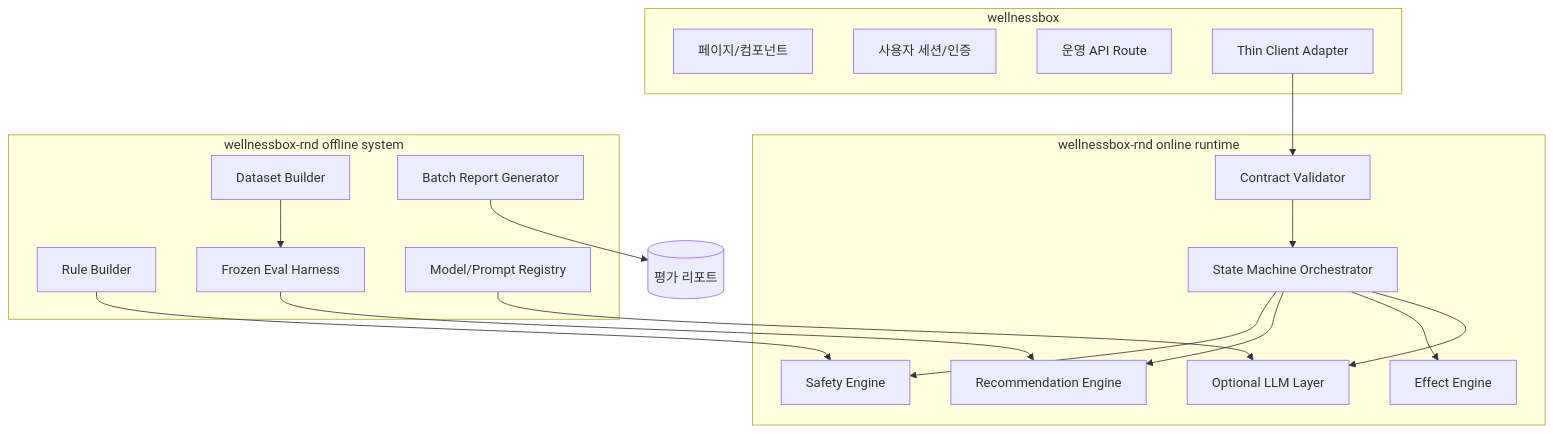
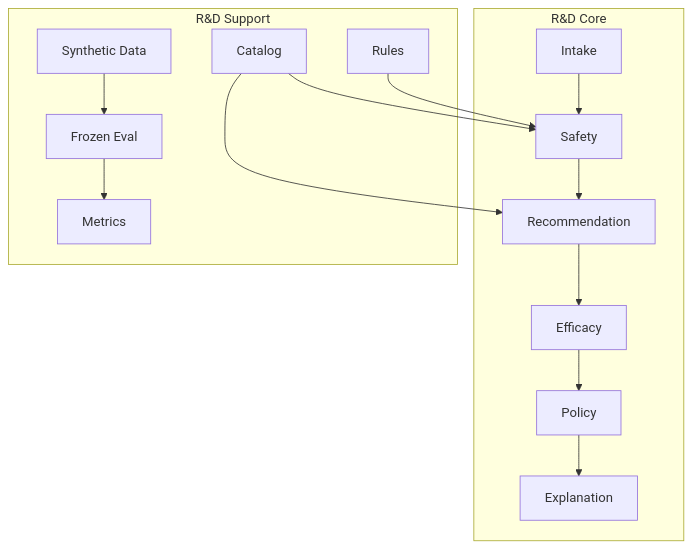
One commit to yeohj0710/wellnessbox-rnd changed the second of 2 diagrams in docs/01_architecture/00_target_architecture.md. Above: the diagram before and after it, drawn with Mermaid. The commit also changed other lines of this file and 47 other files, not shown here.

````diff
--- a/docs/01_architecture/00_target_architecture.md
+++ b/docs/01_architecture/00_target_architecture.md
@@ -62,38 +38,26 @@
 ```mermaid
 flowchart TB
-    subgraph WEB["wellnessbox"]
-        WEB1[페이지/컴포넌트]
-        WEB2[사용자 세션/인증]
-        WEB3[운영 API Route]
-        WEB4[Thin Client Adapter]
+    subgraph CORE["R&D Core"]
+        A[Intake]
+        B[Safety]
+        C[Recommendation]
+        D[Efficacy]
+        E[Policy]
+        F[Explanation]
     end
 
-    subgraph RUNTIME["wellnessbox-rnd online runtime"]
-        RT1[Contract Validator]
-        RT2[State Machine Orchestrator]
-        RT3[Safety Engine]
-        RT4[Recommendation Engine]
-        RT5[Effect Engine]
-        RT6[Optional LLM Layer]
+    subgraph SUPPORT["R&D Support"]
+        G[Frozen Eval]
+        H[Metrics]
+        I[Catalog]
+        J[Rules]
+        K[Synthetic Data]
     end
 
-    subgraph OFFLINE["wellnessbox-rnd offline system"]
-        OF1[Dataset Builder]
-        OF2[Rule Builder]
-        OF3[Frozen Eval Harness]
-        OF4[Model/Prompt Registry]
-        OF5[Batch Report Generator]
-    end
-
-    WEB4 --> RT1
-    RT1 --> RT2
-    RT2 --> RT3
-    RT2 --> RT4
-    RT2 --> RT5
-    RT2 --> RT6
-    OF1 --> OF3
-    OF2 --> RT3
-    OF3 --> RT4
-    OF4 --> RT6
-    OF5 --> A1[(평가 리포트)]
+    A --> B --> C --> D --> E --> F
+    I --> B
+    I --> C
+    J --> B
+    G --> H
+    K --> G
 ```
````
